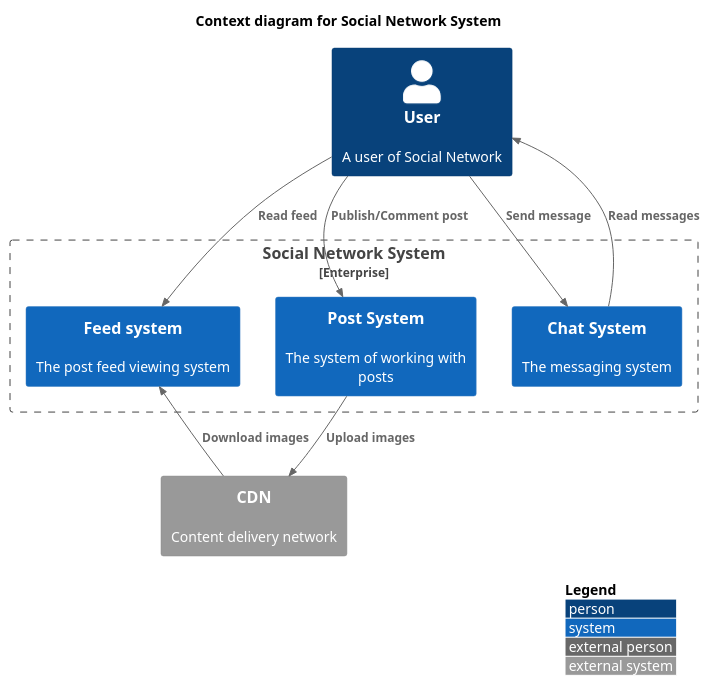
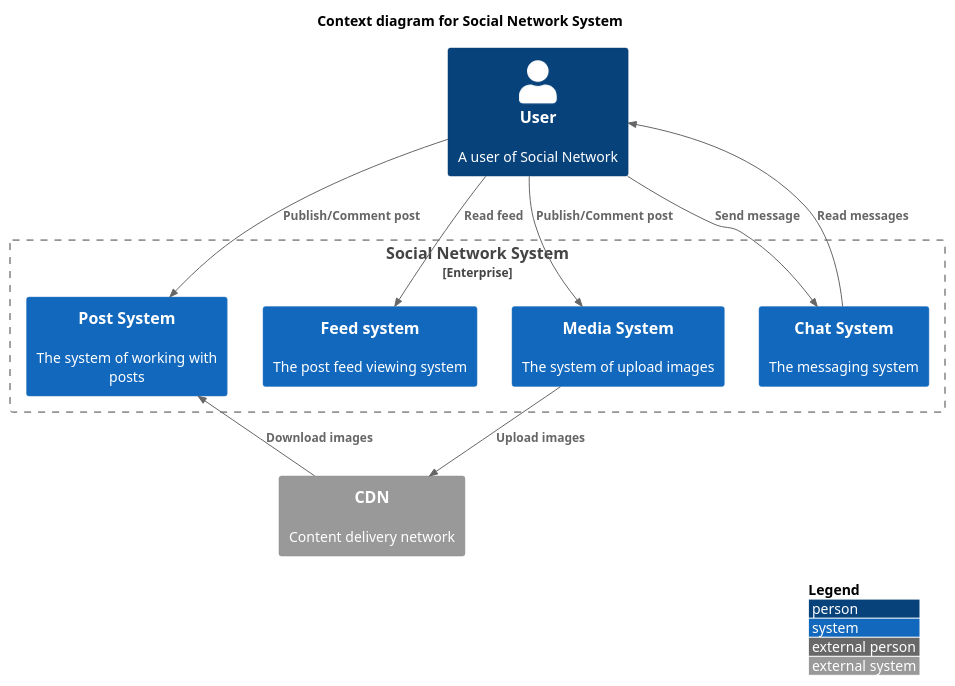
One commit to AlexSkolnik/social_network_system_design changed the diagram in database/C4Model/context.puml. Above: the diagram before and after it, drawn with PlantUML. The commit also changed 1 other file, not shown here.

```diff
--- a/database/C4Model/context.puml
+++ b/database/C4Model/context.puml
@@ -1,34 +1,37 @@
 @startuml "enterprise"
 !include https://raw.githubusercontent.com/plantuml-stdlib/C4-PlantUML/master/C4_Context.puml
 ' uncomment the following line and comment the first to use locally
 ' !include C4_Context.puml
 
 LAYOUT_TOP_DOWN()
 'LAYOUT_AS_SKETCH()
 LAYOUT_WITH_LEGEND()
 
 title Context diagram for Social Network System
 
 Person(user, User, "A user of Social Network")
 
 Enterprise_Boundary(c0, "Social Network System") {
-    System(feedSystem, "Feed system", "The post feed viewing system")
+    System(feed_system, "Feed system", "The post feed viewing system")
 
-    System(chatSystem, "Chat System", "The messaging system")
+    System(chat_system, "Chat System", "The messaging system")
 
-    System(postSystem, "Post System", "The system of working with posts")
+    System(post_system, "Post System", "The system of working with posts")
+
+    System(media_system, "Media System", "The system of upload images")
 }
 
 System_Ext(cdn, "CDN", "Content delivery network")
 
-Rel(user, feedSystem, "Read feed")
+Rel(user, feed_system, "Read feed")
 
-Rel(user, chatSystem, "Send message")
-Rel(chatSystem, user, "Read messages")
+Rel(user, chat_system, "Send message")
+Rel(chat_system, user, "Read messages")
 
-Rel(user, postSystem, "Publish/Comment post")
+Rel(user, post_system, "Publish/Comment post")
+Rel(user, media_system, "Publish/Comment post")
 
-Rel_D(postSystem, cdn, "Upload images")
-Rel_U(cdn, feedSystem, "Download images")
+Rel_D(media_system, cdn, "Upload images")
+Rel_U(cdn, post_system, "Download images")
 
 @enduml
```
